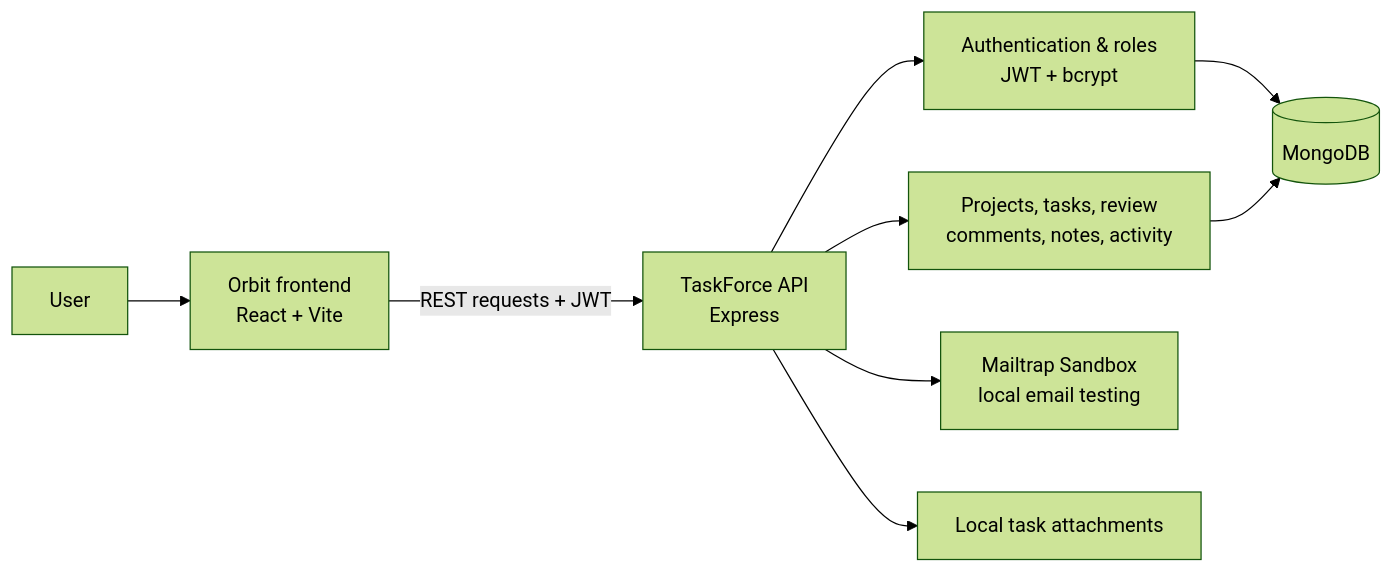
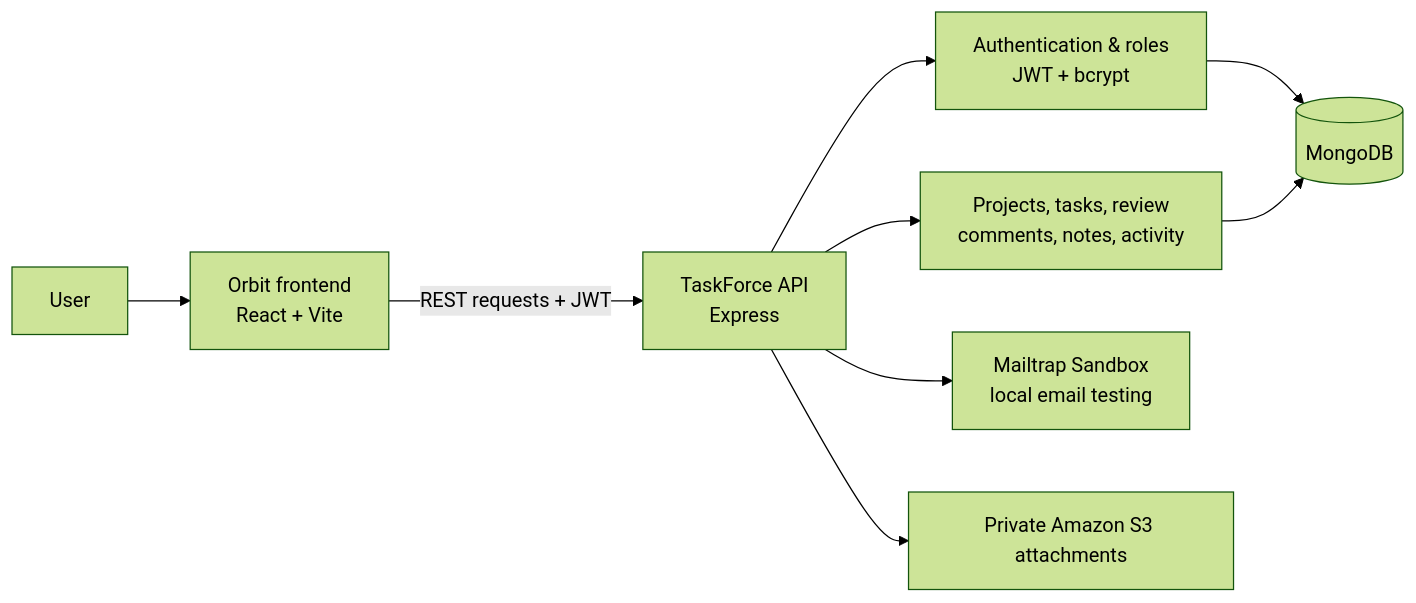
The first of 2 diagrams in README.md (pupurukumar-arch/TaskForce), drawn with Mermaid (forest theme) before and after one commit. The commit also changed other lines of this file and 10 other files, not shown here.

Commit message:
store task attachments in private s3

````diff
--- a/README.md
+++ b/README.md
@@ -22,11 +22,11 @@
 ```mermaid
 flowchart LR
     User["User"] --> Orbit["Orbit frontend\nReact + Vite"]
     Orbit -->|"REST requests + JWT"| API["TaskForce API\nExpress"]
     API --> Auth["Authentication & roles\nJWT + bcrypt"]
     API --> Work["Projects, tasks, review\ncomments, notes, activity"]
     Auth --> DB[("MongoDB")]
     Work --> DB
     API --> Mail["Mailtrap Sandbox\nlocal email testing"]
-    API --> Uploads["Local task attachments"]
+    API --> Uploads["Private Amazon S3 attachments"]
 ```
````
